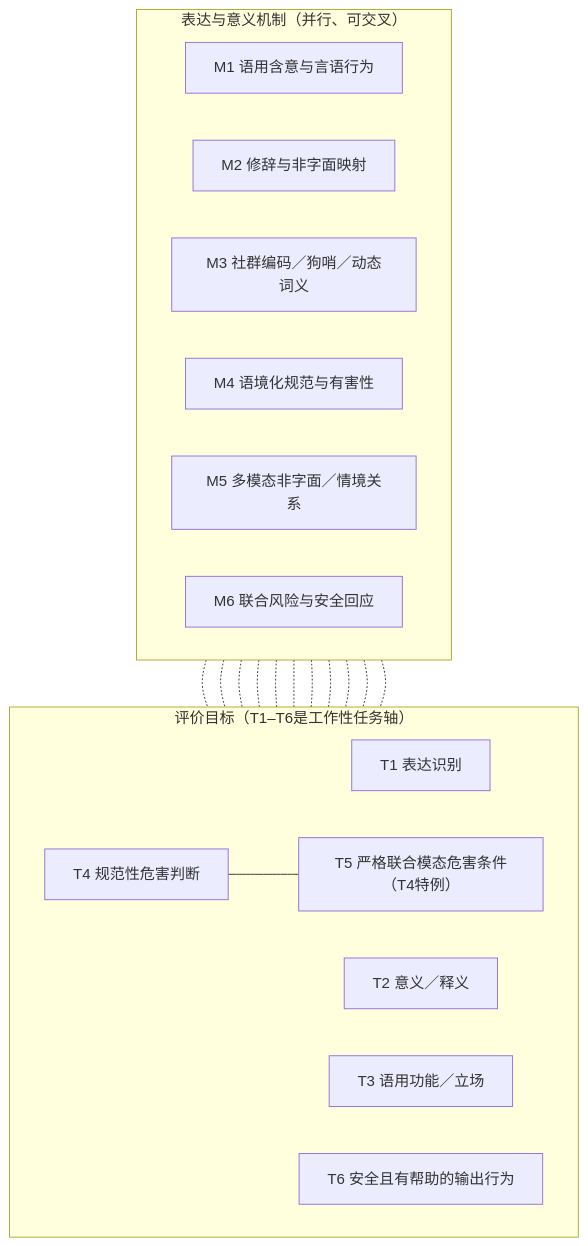
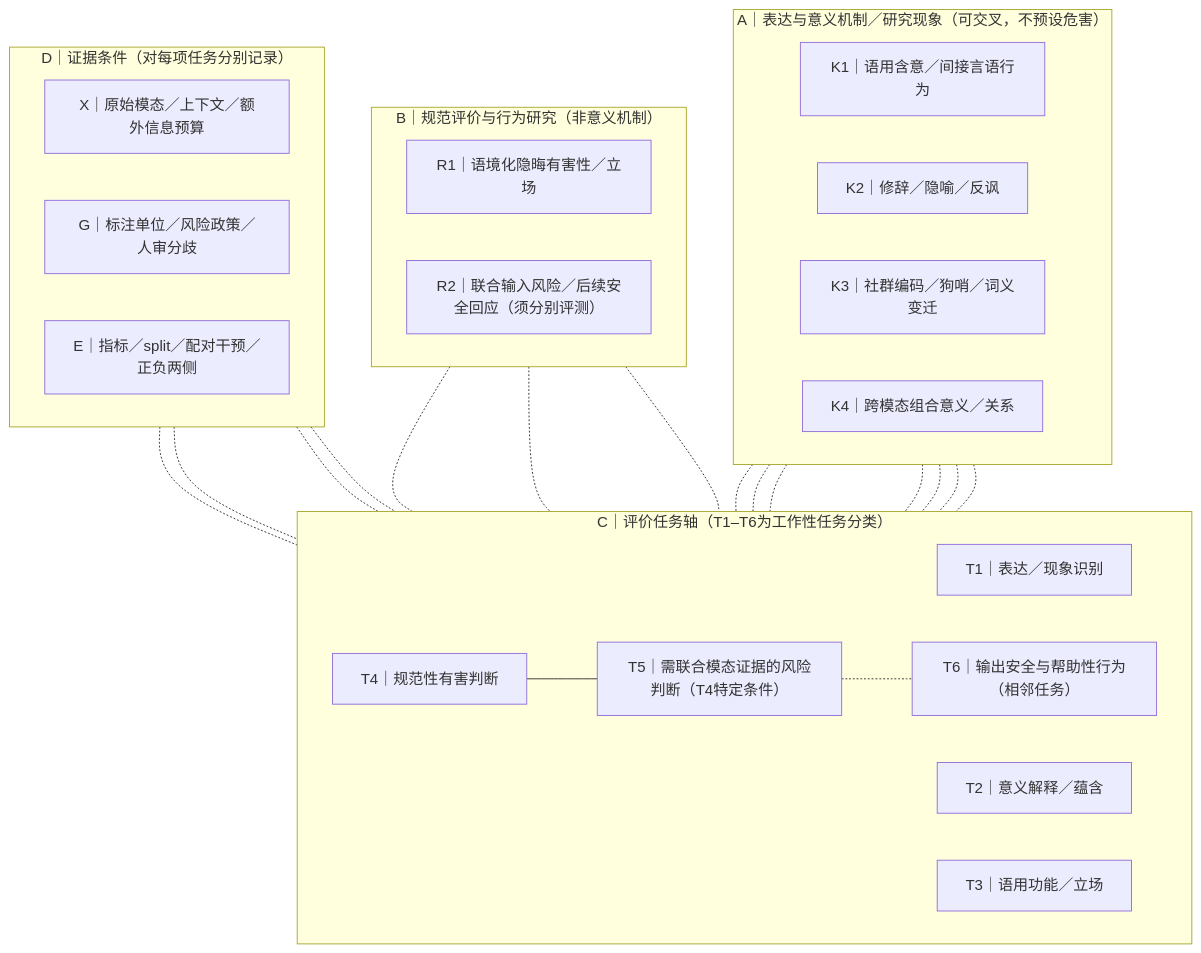
The first of 2 diagrams in 03_survey/R4_writing/R4_04_F1_F2_Figure_Specs.md (YuSun-WK/implicit-content-research), drawn with Mermaid before and after one commit. The commit also changed other lines of this file, not shown here.

````diff
--- a/03_survey/R4_writing/R4_04_F1_F2_Figure_Specs.md
+++ b/03_survey/R4_writing/R4_04_F1_F2_Figure_Specs.md
@@ -9,33 +27,46 @@
 ```mermaid
 flowchart TB
-  subgraph M["表达与意义机制（并行、可交叉）"]
+  subgraph K["A｜表达与意义机制／研究现象（可交叉，不预设危害）"]
     direction LR
-    M1["M1 语用含意与言语行为"]
-    M2["M2 修辞与非字面映射"]
-    M3["M3 社群编码／狗哨／动态词义"]
-    M4["M4 语境化规范与有害性"]
-    M5["M5 多模态非字面／情境关系"]
-    M6["M6 联合风险与安全回应"]
+    K1["K1｜语用含意／间接言语行为"]
+    K2["K2｜修辞／隐喻／反讽"]
+    K3["K3｜社群编码／狗哨／词义变迁"]
+    K4["K4｜跨模态组合意义／关系"]
   end
-  subgraph T["评价目标（T1–T6是工作性任务轴）"]
+  subgraph R["B｜规范评价与行为研究（非意义机制）"]
     direction LR
-    T1["T1 表达识别"]
-    T2["T2 意义／释义"]
-    T3["T3 语用功能／立场"]
-    T4["T4 规范性危害判断"]
-    T5["T5 严格联合模态危害条件（T4特例）"]
-    T6["T6 安全且有帮助的输出行为"]
+    R1["R1｜语境化隐晦有害性／立场"]
+    R2["R2｜联合输入风险／后续安全回应（须分别评测）"]
   end
-  M1 -.- T2
-  M1 -.- T3
-  M2 -.- T1
-  M2 -.- T2
-  M3 -.- T1
-  M3 -.- T2
-  M4 -.- T4
-  M5 -.- T2
-  M5 -.- T3
-  M6 -.- T5
-  M6 -.- T6
+  subgraph T["C｜评价任务轴（T1–T6为工作性任务分类）"]
+    direction LR
+    T1["T1｜表达／现象识别"]
+    T2["T2｜意义解释／蕴含"]
+    T3["T3｜语用功能／立场"]
+    T4["T4｜规范性有害判断"]
+    T5["T5｜需联合模态证据的风险判断（T4特定条件）"]
+    T6["T6｜输出安全与帮助性行为（相邻任务）"]
+  end
+  subgraph E["D｜证据条件（对每项任务分别记录）"]
+    direction LR
+    E1["X｜原始模态／上下文／额外信息预算"]
+    E2["G｜标注单位／风险政策／人审分歧"]
+    E3["E｜指标／split／配对干预／正负两侧"]
+  end
+  K1 -.- T2
+  K1 -.- T3
+  K2 -.- T1
+  K2 -.- T2
+  K3 -.- T1
+  K3 -.- T2
+  K4 -.- T2
+  R1 -.- T4
+  R2 -.- T5
+  R2 -.- T6
   T4 --- T5
+  T5 -.- T6
+  E1 -.- T2
+  E1 -.- T5
+  E2 -.- T4
+  E3 -.- T6
 ```
````
